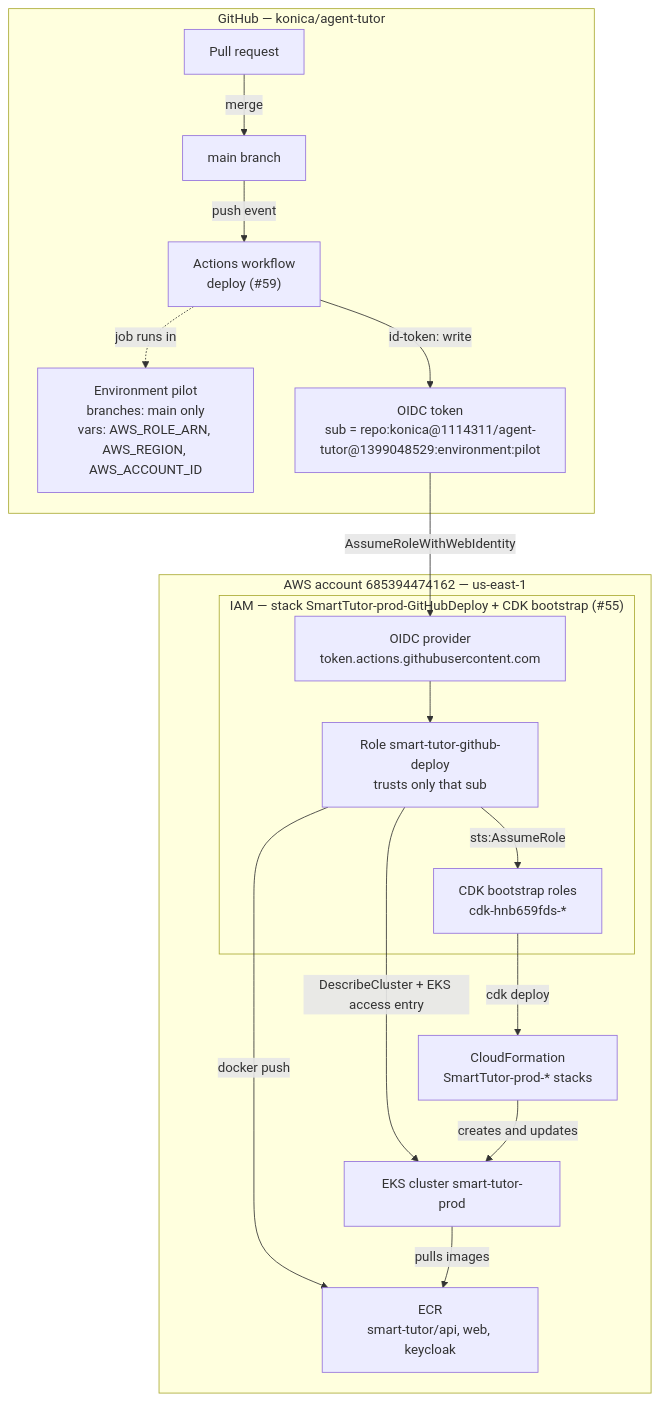
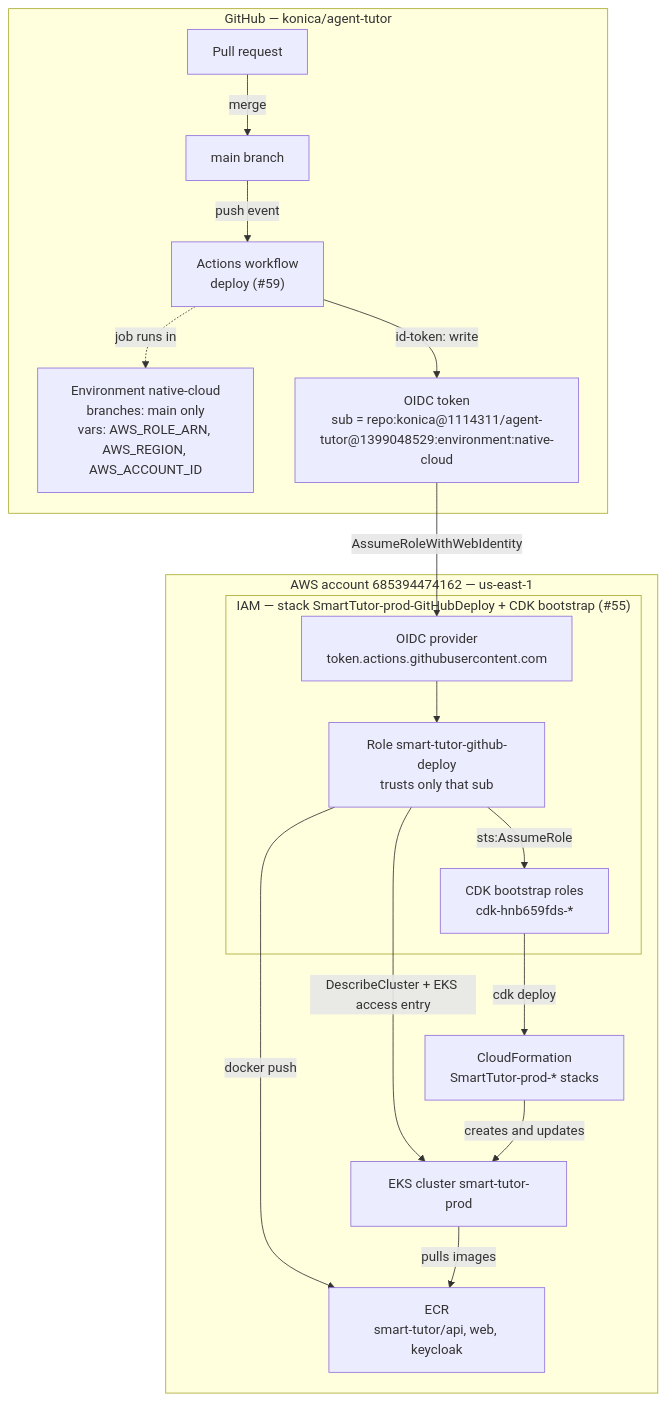
One commit to konica/agent-tutor changed the first of 5 diagrams in docs/runbooks/pilot-environment-overview.md. Above: the diagram before and after it, drawn with Mermaid. The commit also changed other lines of this file and 11 other files, not shown here.

First line of the commit message:
Lead the deploy docs with on-premise; native-cloud is optional (#150)

````diff
--- a/docs/runbooks/pilot-environment-overview.md
+++ b/docs/runbooks/pilot-environment-overview.md
@@ -11,27 +11,27 @@
 ```mermaid
 flowchart TB
   subgraph GH["GitHub — konica/agent-tutor"]
     PR["Pull request"] -->|merge| MAIN["main branch"]
     MAIN -->|push event| WF["Actions workflow<br/>deploy (#59)"]
-    WF -.->|"job runs in"| ENV["Environment pilot<br/>branches: main only<br/>vars: AWS_ROLE_ARN, AWS_REGION, AWS_ACCOUNT_ID"]
-    WF -->|"id-token: write"| TOK["OIDC token<br/>sub = repo:konica@1114311/agent-tutor@1399048529:environment:pilot"]
+    WF -.->|"job runs in"| ENV["Environment native-cloud<br/>branches: main only<br/>vars: AWS_ROLE_ARN, AWS_REGION, AWS_ACCOUNT_ID"]
+    WF -->|"id-token: write"| TOK["OIDC token<br/>sub = repo:konica@1114311/agent-tutor@1399048529:environment:native-cloud"]
   end
 
   subgraph AWS["AWS account 685394474162 — us-east-1"]
     subgraph IAM["IAM — stack SmartTutor-prod-GitHubDeploy + CDK bootstrap (#55)"]
       OIDC["OIDC provider<br/>token.actions.githubusercontent.com"]
       ROLE["Role smart-tutor-github-deploy<br/>trusts only that sub"]
       CDKR["CDK bootstrap roles<br/>cdk-hnb659fds-*"]
     end
     CFN["CloudFormation<br/>SmartTutor-prod-* stacks"]
     ECR["ECR<br/>smart-tutor/api, web, keycloak"]
     EKS["EKS cluster smart-tutor-prod"]
   end
 
   TOK -->|"AssumeRoleWithWebIdentity"| OIDC --> ROLE
   ROLE -->|"sts:AssumeRole"| CDKR -->|"cdk deploy"| CFN
   ROLE -->|"docker push"| ECR
   ROLE -->|"DescribeCluster + EKS access entry"| EKS
   CFN -->|creates and updates| EKS
   EKS -->|pulls images| ECR
 ```
````
